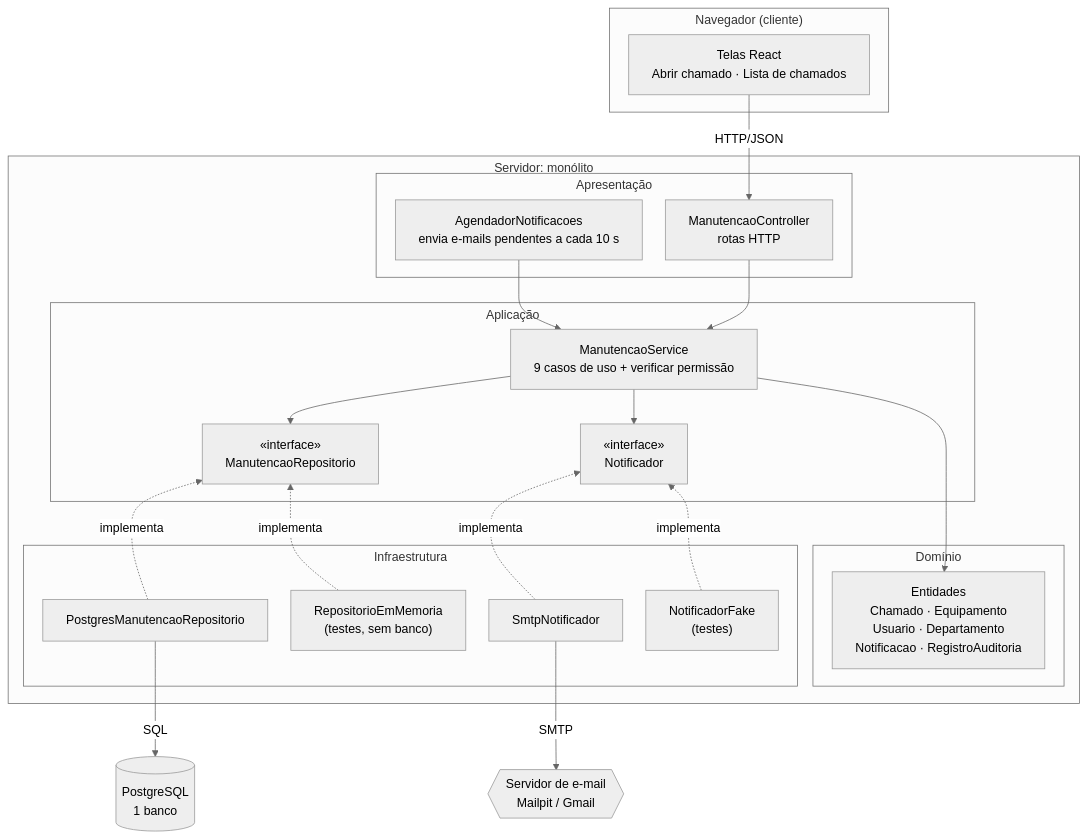
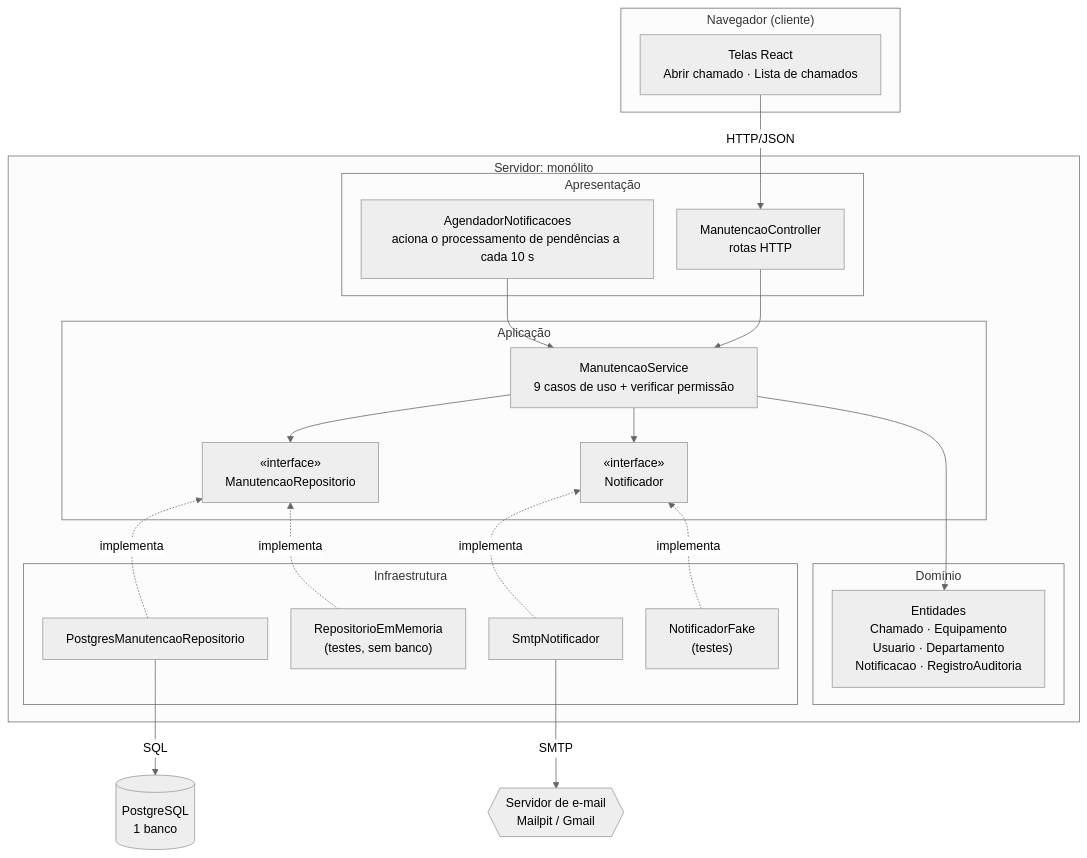
One commit to nadialobkov/trabalho-design-software changed the diagram in docs/diagramas/componentes.md. Above: the diagram before and after it, drawn with Mermaid. The commit also changed other lines of this file and 3 other files, not shown here.

Commit message:
adicionar diagrama de comunicação e verificar diagramas ja existentes

````diff
--- a/docs/diagramas/componentes.md
+++ b/docs/diagramas/componentes.md
@@ -20,64 +20,64 @@
 ```mermaid
 ---
 config:
   theme: neutral
   flowchart:
     rankSpacing: 45
     nodeSpacing: 30
     wrappingWidth: 320
     subGraphTitleMargin:
       top: 4
       bottom: 8
 ---
 flowchart TB
     subgraph NAV["Navegador (cliente)"]
         UI["Telas React<br/>Abrir chamado · Lista de chamados"]
     end
 
     subgraph SRV["Servidor: monólito"]
         subgraph APRES["Apresentação"]
             CTRL["ManutencaoController<br/>rotas HTTP"]
-            AGE["AgendadorNotificacoes<br/>envia e-mails pendentes a cada 10 s"]
+            AGE["AgendadorNotificacoes<br/>aciona o processamento de pendências a cada 10 s"]
         end
         subgraph APP["Aplicação"]
             MS["ManutencaoService<br/>9 casos de uso + verificar permissão"]
             IREPO["«interface»<br/>ManutencaoRepositorio"]
             INOT["«interface»<br/>Notificador"]
         end
         subgraph DOM["Domínio"]
             DOMN["Entidades<br/>Chamado · Equipamento<br/>Usuario · Departamento<br/>Notificacao · RegistroAuditoria"]
         end
         subgraph INFRA["Infraestrutura"]
             PG["PostgresManutencaoRepositorio"]
             MEM["RepositorioEmMemoria<br/>(testes, sem banco)"]
             SMTPN["SmtpNotificador"]
             FAKE["NotificadorFake<br/>(testes)"]
         end
     end
 
     DB[("PostgreSQL<br/>1 banco")]
     EMAIL{{"Servidor de e-mail<br/>Mailpit / Gmail"}}
 
     UI -->|"HTTP/JSON"| CTRL
     CTRL --> MS
     AGE --> MS
     MS --> IREPO
     MS --> INOT
     MS --> DOMN
 
     %% Links invisíveis: só posicionam o Domínio e a Infraestrutura na linha de baixo
     IREPO ~~~ DOMN
     IREPO ~~~ PG
     IREPO ~~~ MEM
     INOT ~~~ SMTPN
     INOT ~~~ FAKE
 
     PG -.->|implementa| IREPO
     MEM -.->|implementa| IREPO
     SMTPN -.->|implementa| INOT
     FAKE -.->|implementa| INOT
 
     PG -->|SQL| DB
     SMTPN -->|SMTP| EMAIL
 
 ```
````
